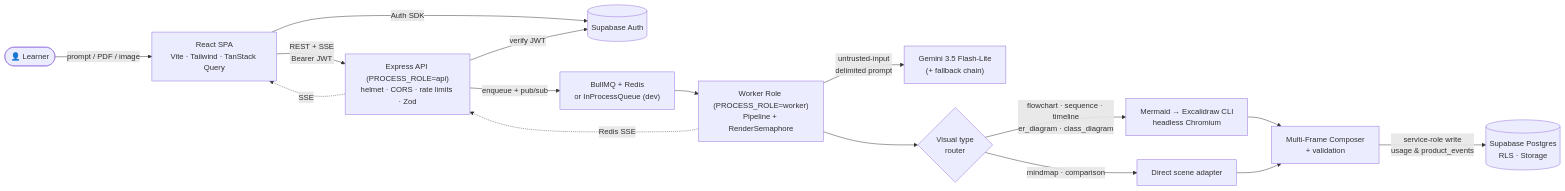
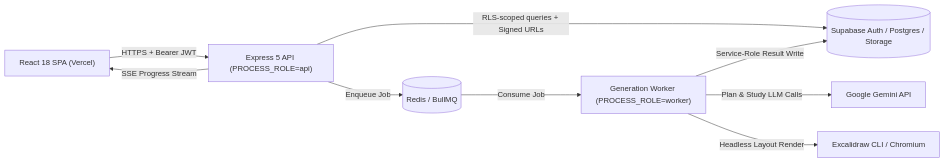
The first of 2 diagrams in README.md (kanishk3114S/Visualify), drawn with Mermaid before and after one commit. The commit also changed other lines of this file and 97 other files, not shown here.

````diff
--- a/README.md
+++ b/README.md
@@ -143,18 +72,11 @@
 ```mermaid
 flowchart LR
-    U(["👤 Learner"]) -->|prompt / PDF / image| FE["React SPA<br/>Vite · Tailwind · TanStack Query"]
-    FE -->|"REST + SSE<br/>Bearer JWT"| API["Express API (PROCESS_ROLE=api)<br/>helmet · CORS · rate limits · Zod"]
-    FE -->|Auth SDK| AUTH[("Supabase Auth")]
-    API -->|verify JWT| AUTH
-    API -->|"enqueue + pub/sub"| Q["BullMQ + Redis<br/>or InProcessQueue (dev)"]
-    Q --> W["Worker Role (PROCESS_ROLE=worker)<br/>Pipeline + RenderSemaphore"]
-    W -->|"untrusted-input<br/>delimited prompt"| G["Gemini 3.5 Flash-Lite<br/>(+ fallback chain)"]
-    W --> R{"Visual type<br/>router"}
-    R -->|"flowchart · sequence · timeline<br/>er_diagram · class_diagram"| M["Mermaid → Excalidraw CLI<br/>headless Chromium"]
-    R -->|"mindmap · comparison"| D["Direct scene adapter"]
-    M --> C["Multi-Frame Composer<br/>+ validation"]
-    D --> C
-    C -->|"service-role write<br/>usage & product_events"| DB[("Supabase Postgres<br/>RLS · Storage")]
-    W -. Redis SSE .-> API
-    API -. SSE .-> FE
+  SPA["React 18 SPA (Vercel)"] -->|"HTTPS + Bearer JWT"| API["Express 5 API (PROCESS_ROLE=api)"]
+  API -->|"RLS-scoped queries + Signed URLs"| Supa[("Supabase Auth / Postgres / Storage")]
+  API -->|"SSE Progress Stream"| SPA
+  API -->|"Enqueue Job"| Redis[("Redis / BullMQ")]
+  Redis -->|"Consume Job"| Worker["Generation Worker (PROCESS_ROLE=worker)"]
+  Worker -->|"Plan & Study LLM Calls"| Gemini["Google Gemini API"]
+  Worker -->|"Headless Layout Render"| Chrome["Excalidraw CLI / Chromium"]
+  Worker -->|"Service-Role Result Write"| Supa
 ```
````
